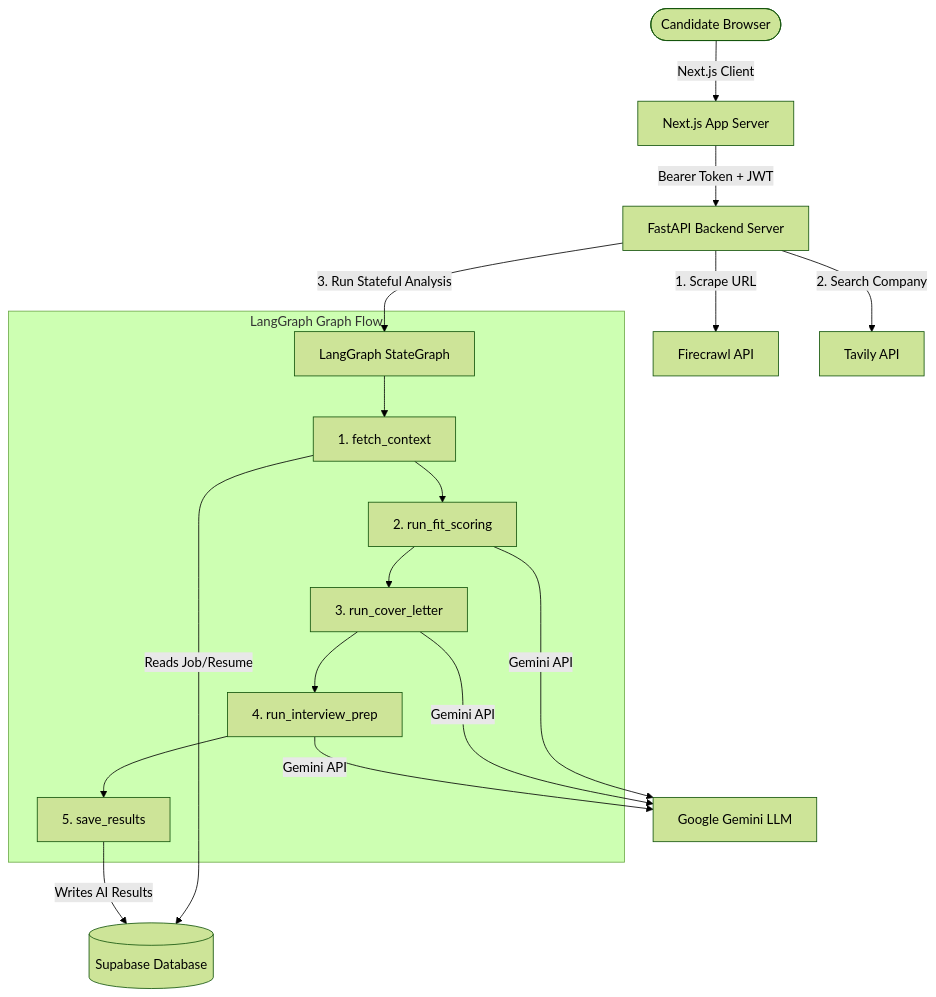
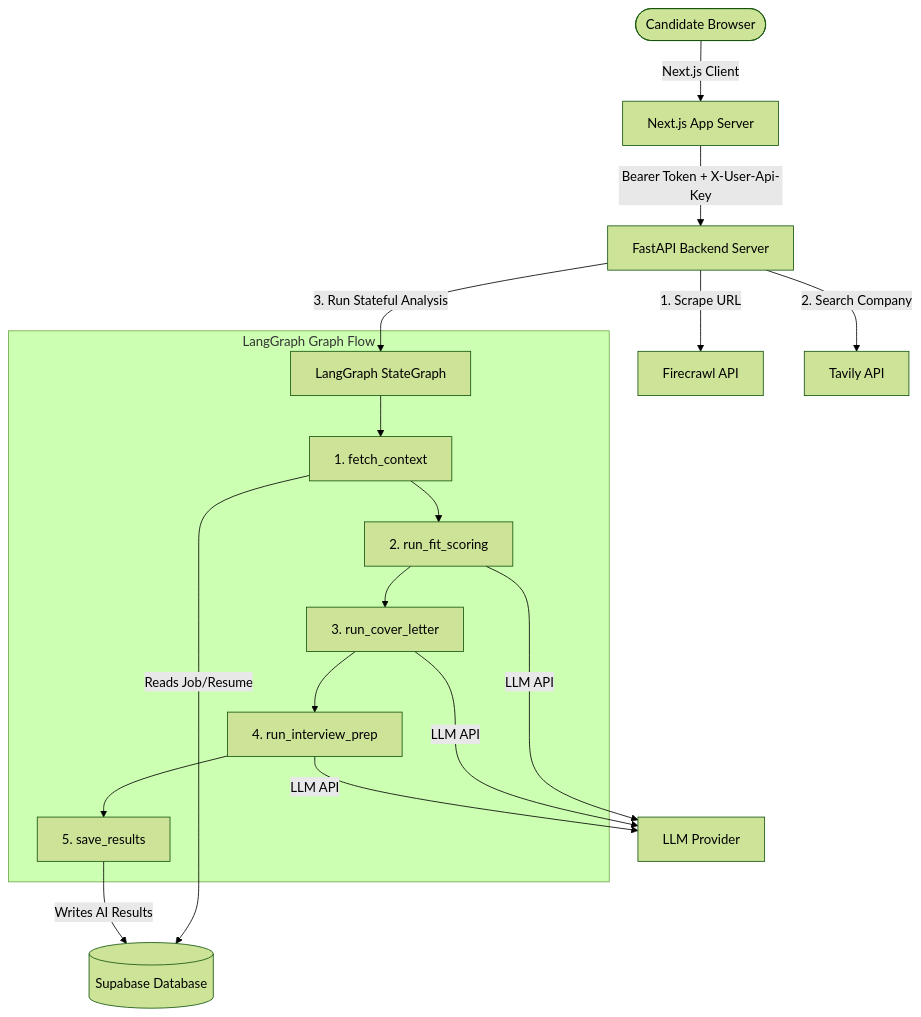
Before and after one commit to jeetjawale/opteer: the diagram in README.md, drawn with Mermaid (forest theme). The commit also changed other lines of this file and 1 other file, not shown here.

Commit message:
docs: update schema.sql and README.md with final codebase design

````diff
--- a/README.md
+++ b/README.md
@@ -40,23 +41,23 @@
 ```mermaid
 graph TD
     User([Candidate Browser]) -->|Next.js Client| FE[Next.js App Server]
-    FE -->|Bearer Token + JWT| BE[FastAPI Backend Server]
+    FE -->|Bearer Token + X-User-Api-Key| BE[FastAPI Backend Server]
     BE -->|1. Scrape URL| Firecrawl[Firecrawl API]
     BE -->|2. Search Company| Tavily[Tavily API]
     BE -->|3. Run Stateful Analysis| LangGraph[LangGraph StateGraph]
     
     subgraph LangGraph Graph Flow
         LangGraph --> Fetch[1. fetch_context]
         Fetch --> Fit[2. run_fit_scoring]
         Fit --> CL[3. run_cover_letter]
         CL --> Prep[4. run_interview_prep]
         Prep --> Save[5. save_results]
     end
     
     Fetch -->|Reads Job/Resume| Supabase[(Supabase Database)]
     Save -->|Writes AI Results| Supabase
     
-    Fit -->|Gemini API| Gemini[Google Gemini LLM]
-    CL -->|Gemini API| Gemini
-    Prep -->|Gemini API| Gemini
+    Fit -->|LLM API| LLM[LLM Provider]
+    CL -->|LLM API| LLM
+    Prep -->|LLM API| LLM
 ```
````
